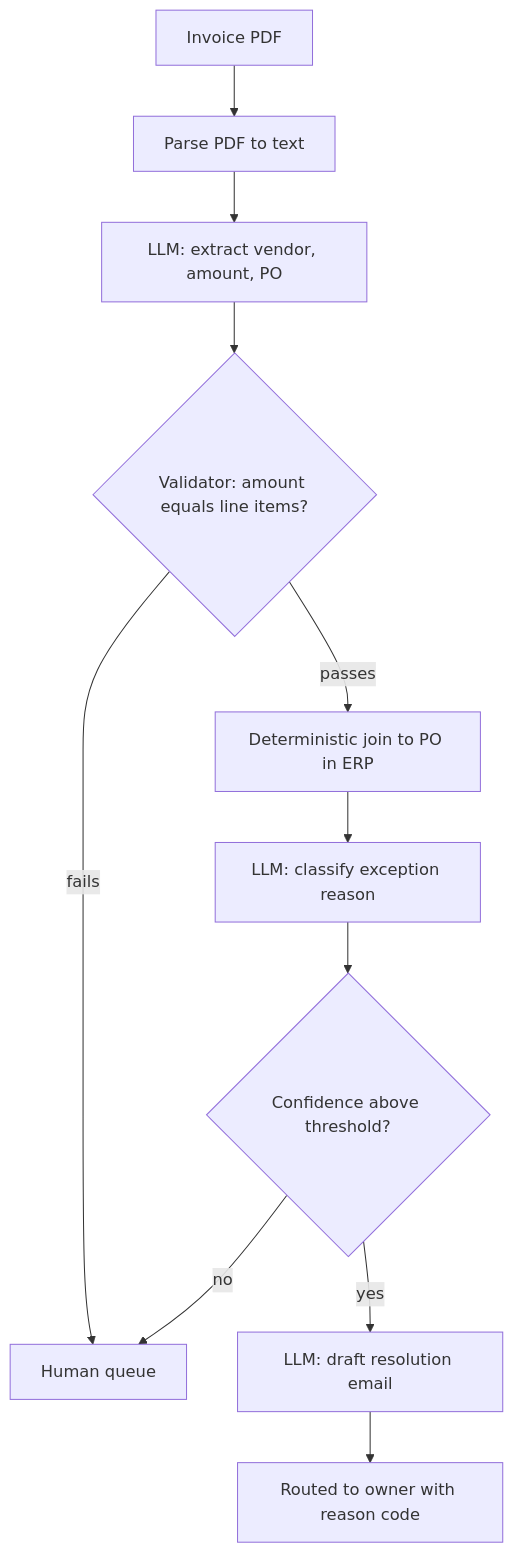
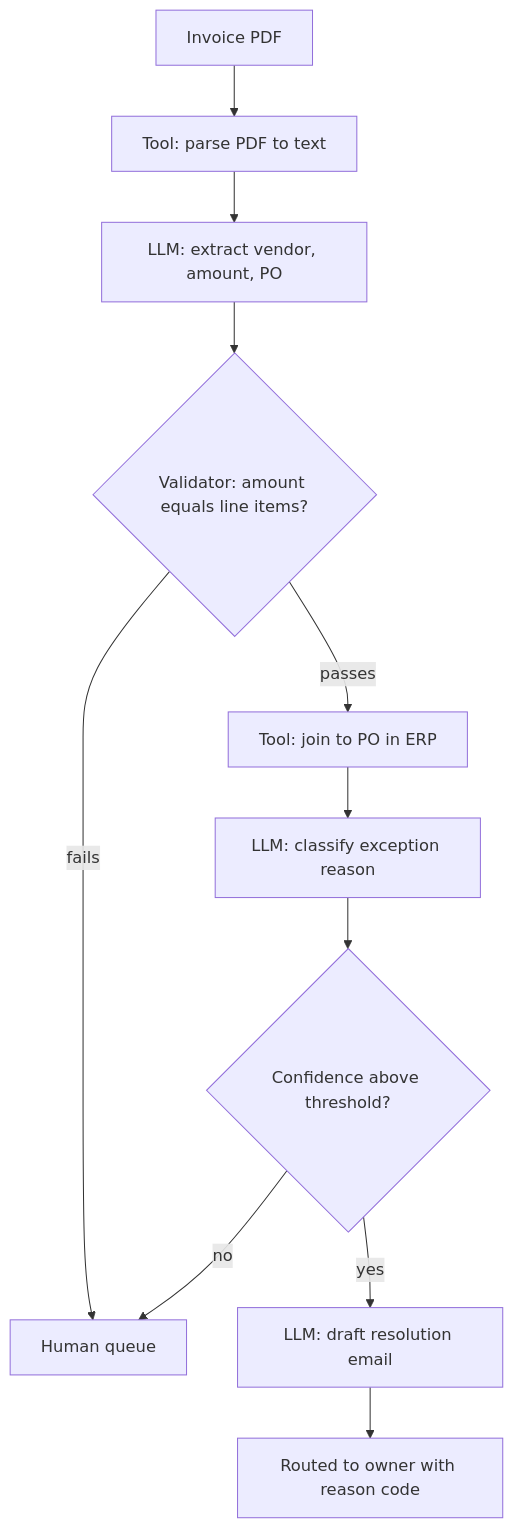
One commit to lovishmahajan97/agentic-learning changed the diagram in content/scoping/problem-decomposition.md. Above: the diagram before and after it, drawn with Mermaid. The commit also changed other lines of this file and 485 other files, not shown here.

````diff
--- a/content/scoping/problem-decomposition.md
+++ b/content/scoping/problem-decomposition.md
@@ -118,13 +136,13 @@
 ```mermaid
 flowchart TD
-    I["Invoice PDF"] --> P["Parse PDF to text"]
+    I["Invoice PDF"] --> P["Tool: parse PDF to text"]
     P --> E["LLM: extract vendor, amount, PO"]
     E --> V{"Validator: amount equals line items?"}
     V -->|"fails"| H["Human queue"]
-    V -->|"passes"| J["Deterministic join to PO in ERP"]
+    V -->|"passes"| J["Tool: join to PO in ERP"]
     J --> C["LLM: classify exception reason"]
     C --> T{"Confidence above threshold?"}
     T -->|"no"| H
     T -->|"yes"| D["LLM: draft resolution email"]
     D --> O["Routed to owner with reason code"]
 ```
````
